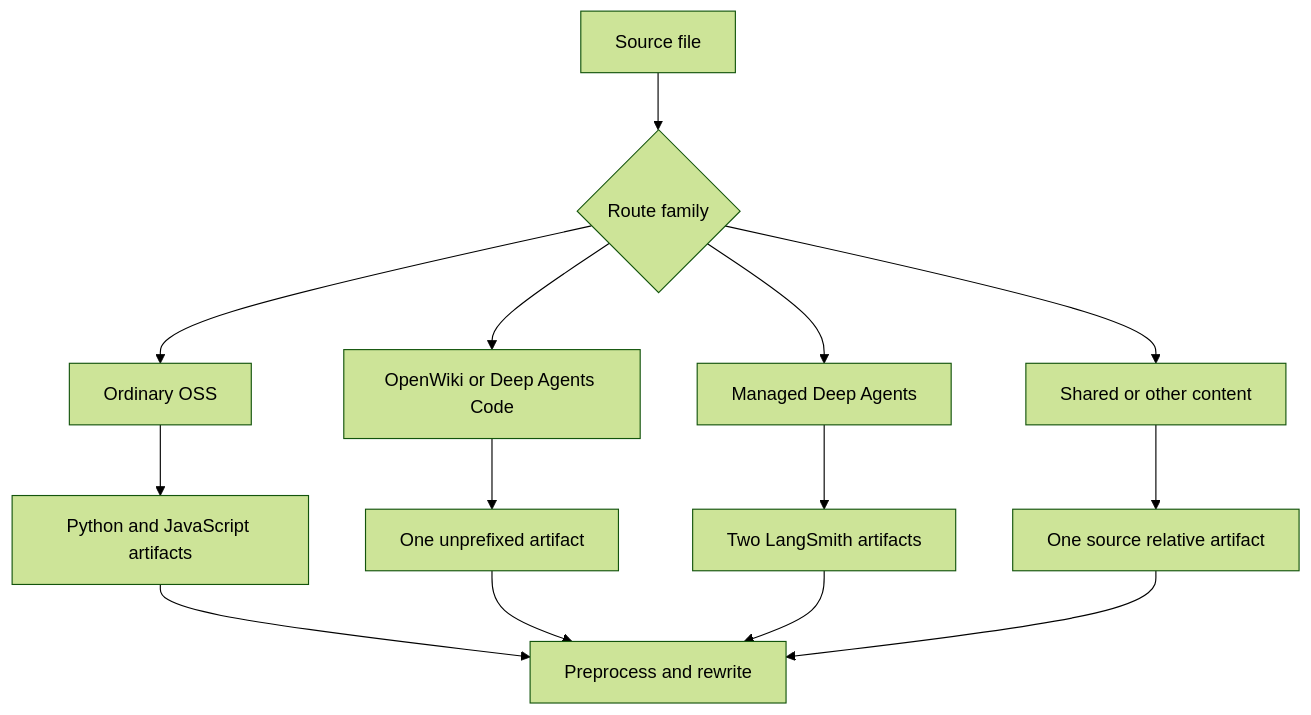
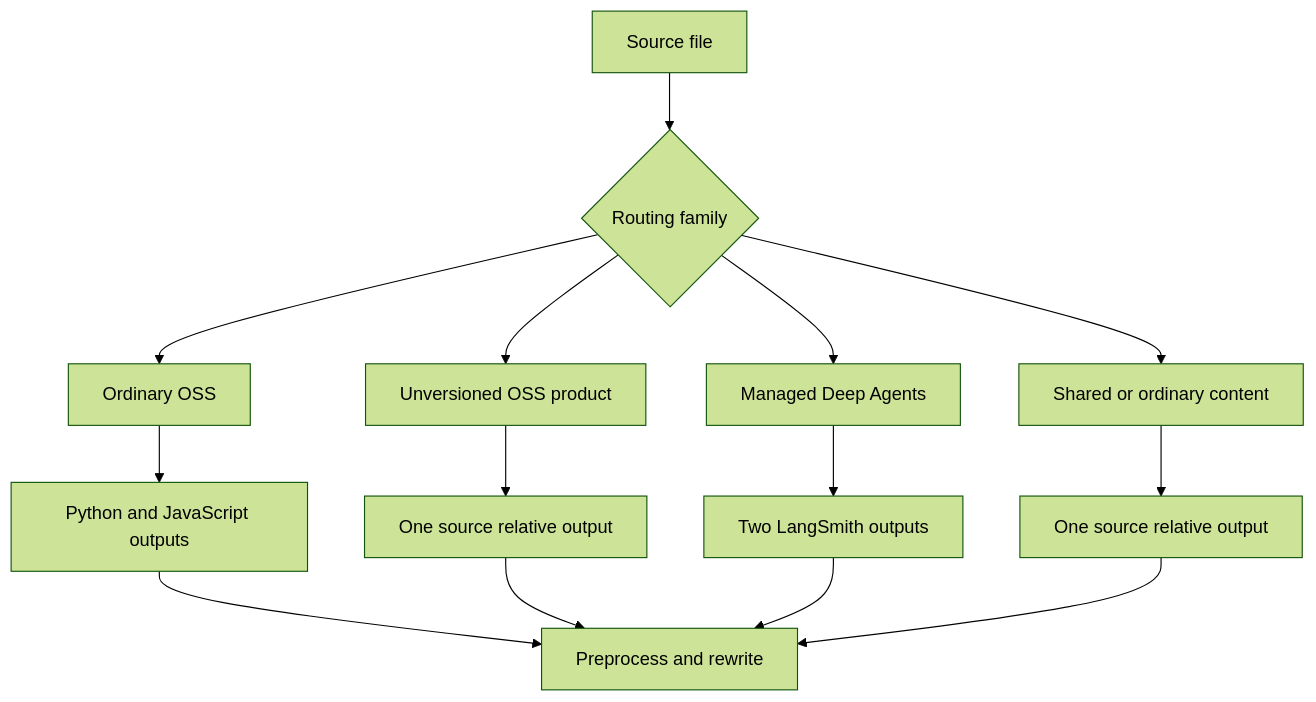
Before and after one commit to rishi-raj-jain/docs-1: the first of 2 diagrams in openwiki/testing/builder-tests.md, drawn with Mermaid (forest theme). The commit also changed other lines of this file and 48 other files, not shown here.

Commit message:
docs: update OpenWiki (#6800)

````diff
--- a/openwiki/testing/builder-tests.md
+++ b/openwiki/testing/builder-tests.md
@@ -58,16 +82,16 @@
 ```mermaid
 flowchart TD
-    Source["Source file"] --> Classify{"Route family"}
-    Classify --> Ordinary["Ordinary OSS"]
-    Classify --> Product["OpenWiki or Deep Agents Code"]
-    Classify --> Managed["Managed Deep Agents"]
-    Classify --> Shared["Shared or other content"]
-    Ordinary --> Variants["Python and JavaScript artifacts"]
-    Product --> OneProduct["One unprefixed artifact"]
-    Managed --> ManagedVariants["Two LangSmith artifacts"]
-    Shared --> OneShared["One source relative artifact"]
-    Variants --> Transform["Preprocess and rewrite"]
-    OneProduct --> Transform
-    ManagedVariants --> Transform
-    OneShared --> Transform
+    Source["Source file"] --> Kind{"Routing family"}
+    Kind --> Oss["Ordinary OSS"]
+    Kind --> Product["Unversioned OSS product"]
+    Kind --> Managed["Managed Deep Agents"]
+    Kind --> Shared["Shared or ordinary content"]
+    Oss --> Pair["Python and JavaScript outputs"]
+    Product --> Once["One source relative output"]
+    Managed --> ManagedPair["Two LangSmith outputs"]
+    Shared --> Single["One source relative output"]
+    Pair --> Transform["Preprocess and rewrite"]
+    Once --> Transform
+    ManagedPair --> Transform
+    Single --> Transform
 ```
````
